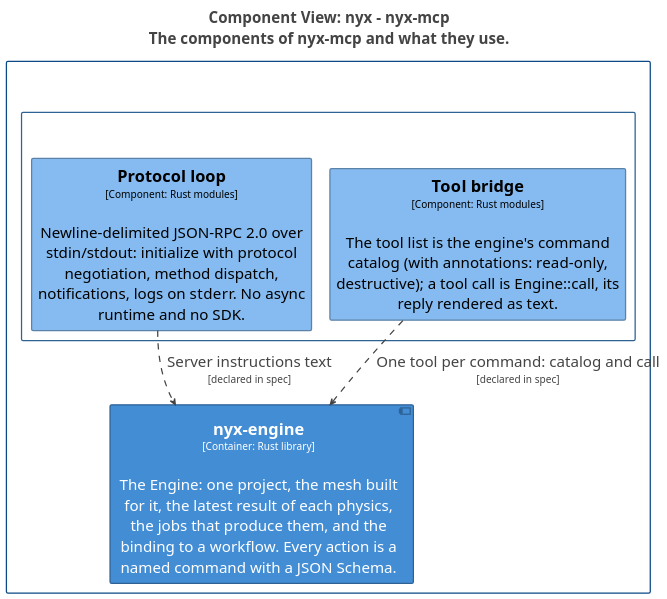
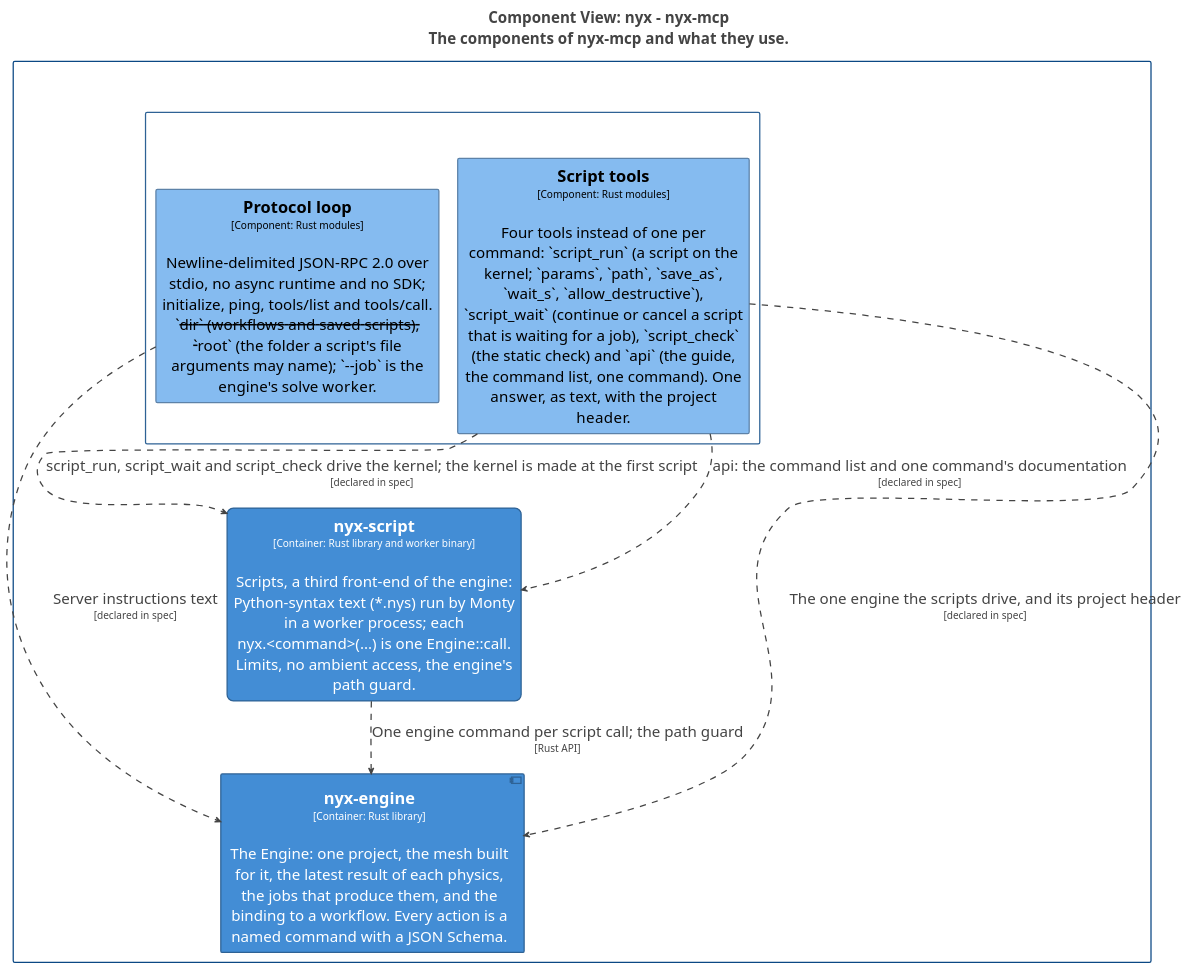
The diagram in docs/architecture/c4/export/plantuml/structurizr-Components_mcp.puml (p-j-r/nyx), drawn with PlantUML before and after one commit. The commit also changed 93 other files, not shown here.

```diff
--- a/docs/architecture/c4/export/plantuml/structurizr-Components_mcp.puml
+++ b/docs/architecture/c4/export/plantuml/structurizr-Components_mcp.puml
@@ -1,83 +1,100 @@
 @startuml
 title <size:24>Component View: nyx - nyx-mcp</size>\n<size:24>The components of nyx-mcp and what they use.</size>
 
 set separator none
 top to bottom direction
 skinparam ranksep 60
 skinparam nodesep 30
 hide stereotype
 
 <style>
   root {
     BackgroundColor: #ffffff;
     FontColor: #444444;
   }
   // Element,Component
   .Element-RWxlbWVudCxDb21wb25lbnQ= {
     BackgroundColor: #85bbf0;
     LineColor: #5d82a8;
     LineStyle: 0;
     LineThickness: 2;
     FontColor: #000000;
+    FontSize: 24;
+    HorizontalAlignment: center;
+    Shadowing: 0;
+    MaximumWidth: 450;
+  }
+  // Element,Container,Executable
+  .Element-RWxlbWVudCxDb250YWluZXIsRXhlY3V0YWJsZQ== {
+    BackgroundColor: #438dd5;
+    LineColor: #2e6295;
+    LineStyle: 0;
+    LineThickness: 2;
+    RoundCorner: 20;
+    FontColor: #ffffff;
     FontSize: 24;
     HorizontalAlignment: center;
     Shadowing: 0;
     MaximumWidth: 450;
   }
   // Element,Container,Library
   .Element-RWxlbWVudCxDb250YWluZXIsTGlicmFyeQ== {
     BackgroundColor: #438dd5;
     LineColor: #2e6295;
     LineStyle: 0;
     LineThickness: 2;
     FontColor: #ffffff;
     FontSize: 24;
     HorizontalAlignment: center;
     Shadowing: 0;
     MaximumWidth: 450;
   }
   // Relationship
   .Relationship-UmVsYXRpb25zaGlw {
     LineThickness: 2;
     LineStyle: 10-10;
     LineColor: #444444;
     FontColor: #444444;
     FontSize: 24;
   }
   // nyx
   .Boundary-bnl4 {
     BackgroundColor: #ffffff;
     LineColor: #0b4884;
     LineStyle: 0;
     LineThickness: 2;
     FontColor: #ffffff;
     FontSize: 24;
     HorizontalAlignment: center;
     Shadowing: 0;
   }
   // nyx-mcp
   .Boundary-bnl4LW1jcA== {
     BackgroundColor: #ffffff;
     LineColor: #2e6295;
     LineStyle: 0;
     LineThickness: 2;
     FontColor: #ffffff;
     FontSize: 24;
     HorizontalAlignment: center;
     Shadowing: 0;
   }
 </style>
 
 rectangle "nyx\n<size:16>[Software System]</size>" <<Boundary-bnl4>> {
   rectangle "nyx-mcp\n<size:16>[Container: Rust binary]</size>" <<Boundary-bnl4LW1jcA==>> {
-    rectangle "==Protocol loop\n<size:16>[Component: Rust modules]</size>\n\nNewline-delimited JSON-RPC 2.0 over stdin/stdout: initialize with protocol negotiation, method dispatch, notifications, logs on stderr. No async runtime and no SDK." <<Element-RWxlbWVudCxDb21wb25lbnQ=>> as nyx.nyxmcp.Protocolloop
-    rectangle "==Tool bridge\n<size:16>[Component: Rust modules]</size>\n\nThe tool list is the engine's command catalog (with annotations: read-only, destructive); a tool call is Engine::call, its reply rendered as text." <<Element-RWxlbWVudCxDb21wb25lbnQ=>> as nyx.nyxmcp.Toolbridge
+    rectangle "==Protocol loop\n<size:16>[Component: Rust modules]</size>\n\nNewline-delimited JSON-RPC 2.0 over stdio, no async runtime and no SDK; initialize, ping, tools/list and tools/call. `--dir` (workflows and saved scripts), `--root` (the folder a script's file arguments may name); `--job` is the engine's solve worker." <<Element-RWxlbWVudCxDb21wb25lbnQ=>> as nyx.nyxmcp.Protocolloop
+    rectangle "==Script tools\n<size:16>[Component: Rust modules]</size>\n\nFour tools instead of one per command: `script_run` (a script on the kernel; `params`, `path`, `save_as`, `wait_s`, `allow_destructive`), `script_wait` (continue or cancel a script that is waiting for a job), `script_check` (the static check) and `api` (the guide, the command list, one command). One answer, as text, with the project header." <<Element-RWxlbWVudCxDb21wb25lbnQ=>> as nyx.nyxmcp.Scripttools
   }
 
+  rectangle "==nyx-script\n<size:16>[Container: Rust library and worker binary]</size>\n\nScripts, a third front-end of the engine: Python-syntax text (*.nys) run by Monty in a worker process; each nyx.<command>(...) is one Engine::call. Limits, no ambient access, the engine's path guard." <<Element-RWxlbWVudCxDb250YWluZXIsRXhlY3V0YWJsZQ==>> as nyx.nyxscript
   component "==nyx-engine\n<size:16>[Container: Rust library]</size>\n\nThe Engine: one project, the mesh built for it, the latest result of each physics, the jobs that produce them, and the binding to a workflow. Every action is a named command with a JSON Schema." <<Element-RWxlbWVudCxDb250YWluZXIsTGlicmFyeQ==>> as nyx.nyxengine
 }
 
+nyx.nyxscript --> nyx.nyxengine <<Relationship-UmVsYXRpb25zaGlw>> : "One engine command per script call; the path guard\n<size:16>[Rust API]</size>"
 nyx.nyxmcp.Protocolloop --> nyx.nyxengine <<Relationship-UmVsYXRpb25zaGlw>> : "Server instructions text\n<size:16>[declared in spec]</size>"
-nyx.nyxmcp.Toolbridge --> nyx.nyxengine <<Relationship-UmVsYXRpb25zaGlw>> : "One tool per command: catalog and call\n<size:16>[declared in spec]</size>"
+nyx.nyxmcp.Scripttools --> nyx.nyxengine <<Relationship-UmVsYXRpb25zaGlw>> : "The one engine the scripts drive, and its project header\n<size:16>[declared in spec]</size>"
+nyx.nyxmcp.Scripttools --> nyx.nyxscript <<Relationship-UmVsYXRpb25zaGlw>> : "script_run, script_wait and script_check drive the kernel; the kernel is made at the first script\n<size:16>[declared in spec]</size>"
+nyx.nyxmcp.Scripttools --> nyx.nyxscript <<Relationship-UmVsYXRpb25zaGlw>> : "api: the command list and one command's documentation\n<size:16>[declared in spec]</size>"
 
 @enduml
```
